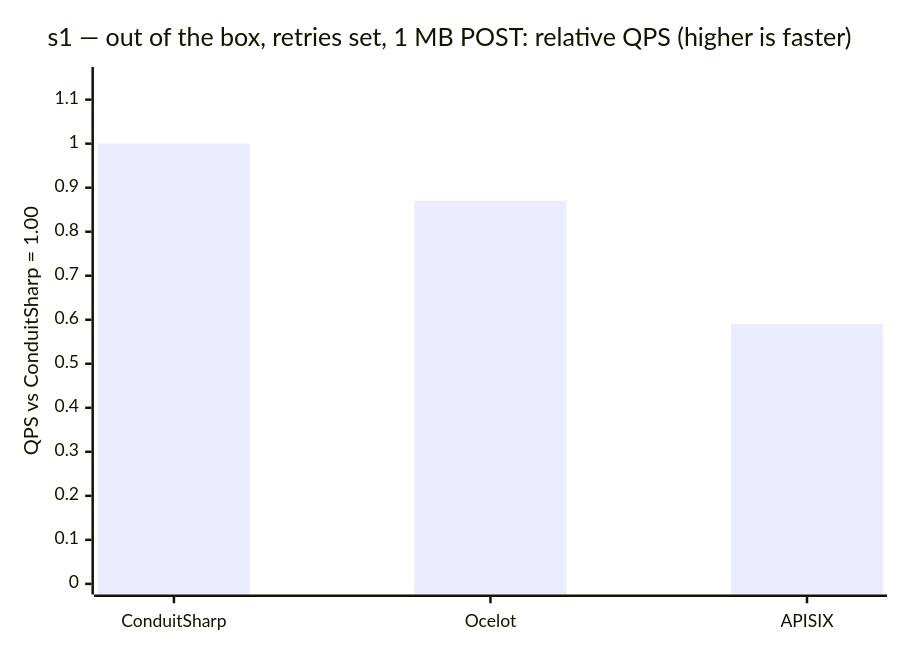
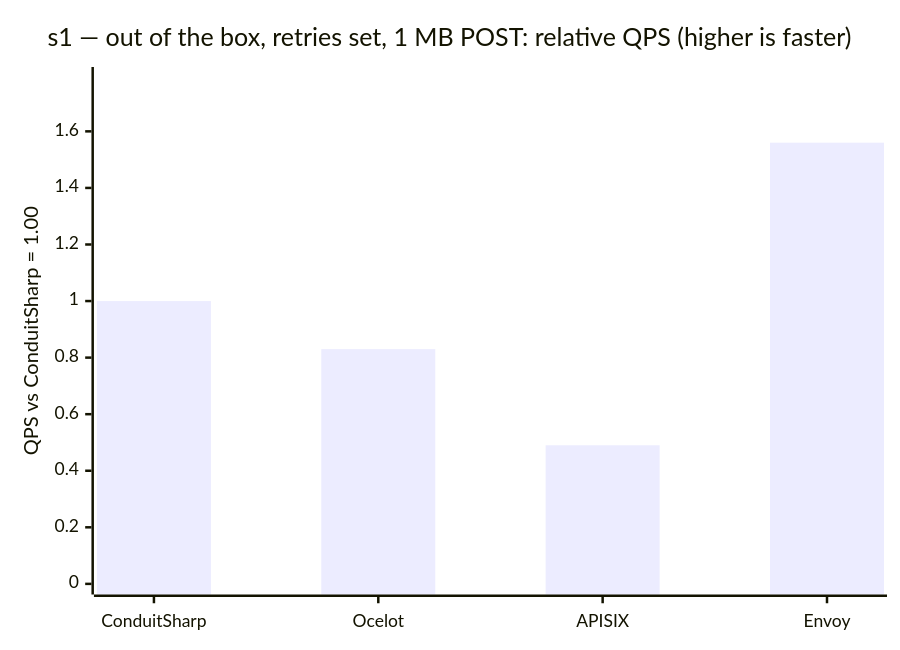
The sixth of 8 diagrams in README.md (liqngliz/ConduitSharp), drawn with Mermaid before and after one commit. The commit also changed other lines of this file and 1 other file, not shown here.

````diff
--- a/README.md
+++ b/README.md
@@ -182,7 +182,7 @@
 ```mermaid
 xychart-beta
     title "s1 — out of the box, retries set, 1 MB POST: relative QPS (higher is faster)"
-    x-axis ["ConduitSharp", "Ocelot", "APISIX"]
-    y-axis "QPS vs ConduitSharp = 1.00" 0 --> 1.15
-    bar [1.00, 0.87, 0.59]
+    x-axis ["ConduitSharp", "Ocelot", "APISIX", "Envoy"]
+    y-axis "QPS vs ConduitSharp = 1.00" 0 --> 1.79
+    bar [1.00, 0.83, 0.49, 1.56]
 ```
````
